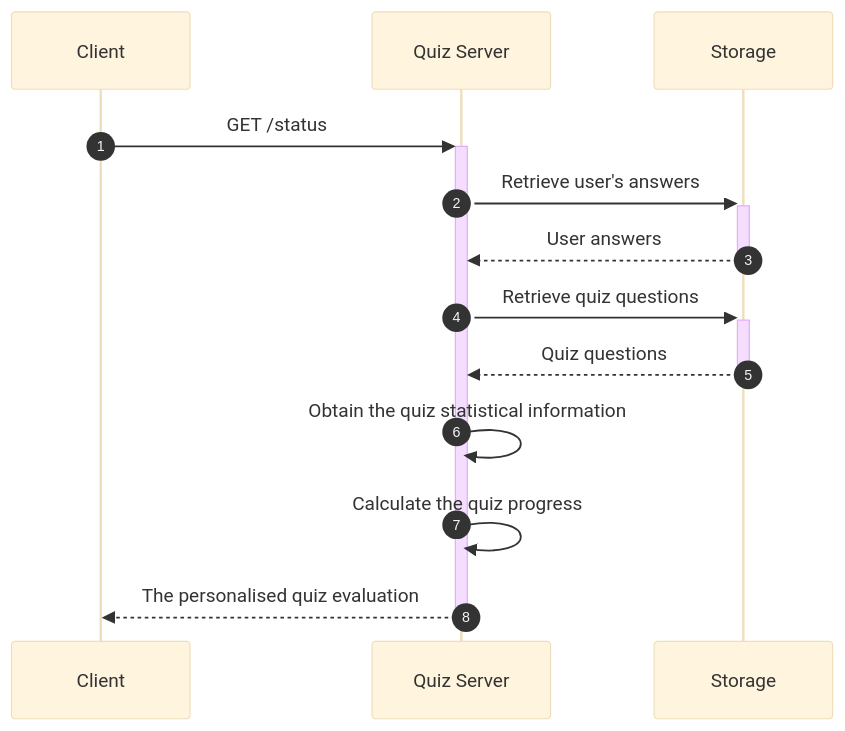
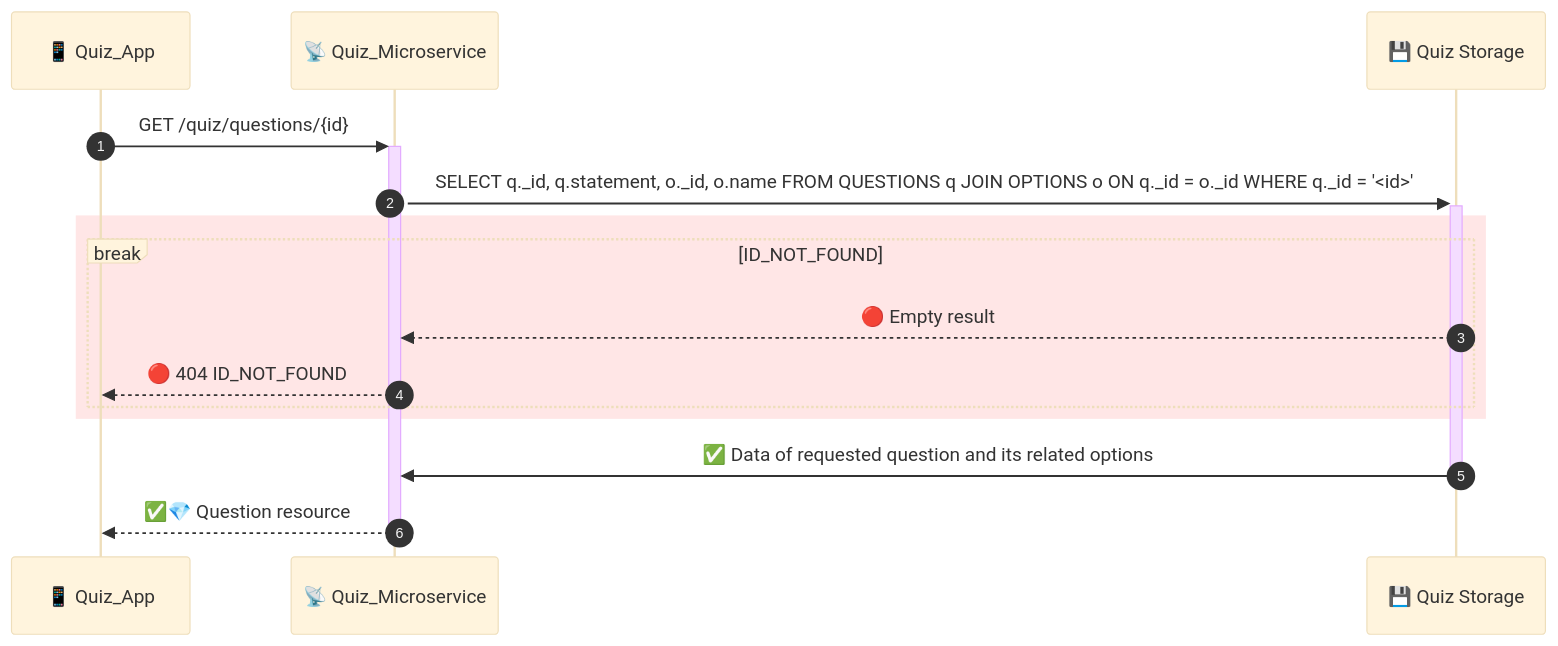
One commit to TomasGazo/slsp-solution-design-demo changed the third of 4 diagrams in specifications/quiz_backend_spec/quiz_backend_spec.md. Above: the diagram before and after it, drawn with Mermaid. The commit also changed other lines of this file and 7 other files, not shown here.

Commit message:
Quiz Microservice specification + other minor changes

````diff
--- a/specifications/quiz_backend_spec/quiz_backend_spec.md
+++ b/specifications/quiz_backend_spec/quiz_backend_spec.md
@@ -105,21 +181,25 @@
 ```mermaid
 %%{init: {'theme':'base'}}%%
 sequenceDiagram
     autonumber
-    participant client as Client
-    participant quizServer as Quiz Server
-    participant db as Storage
+    participant client as 📱 Quiz_App
+    participant quizServer as 📡 Quiz_Microservice
+    participant db as 💾 Quiz Storage
 
-    client ->>+ quizServer:  GET /status
+    %% Get User ID
+    client ->>+ quizServer: GET /quiz/questions/{id}
 
-    quizServer ->>+ db: Retrieve user's answers
-    db -->>- quizServer: User answers
+    %% Get Question
+    quizServer ->>+ db: SELECT q._id, q.statement, o._id, o.name FROM QUESTIONS q JOIN OPTIONS o ON q._id = o._id WHERE q._id = '<id>'
 
-    quizServer ->>+ db: Retrieve quiz questions
-    db -->>- quizServer: Quiz questions
+    rect rgb(255,230,230)
+        break ID_NOT_FOUND
+            db -->> quizServer: 🔴 Empty result
+            quizServer -->> client: 🔴 404 ID_NOT_FOUND
+        end
+    end    
 
-    quizServer ->> quizServer: Obtain the quiz statistical information
-    quizServer ->> quizServer: Calculate the quiz progress
+    db ->>- quizServer: ✅ Data of requested question and its related options
 
-    quizServer -->>- client: The personalised quiz evaluation
+    quizServer -->>- client: ✅💎 Question resource
 ```
````
